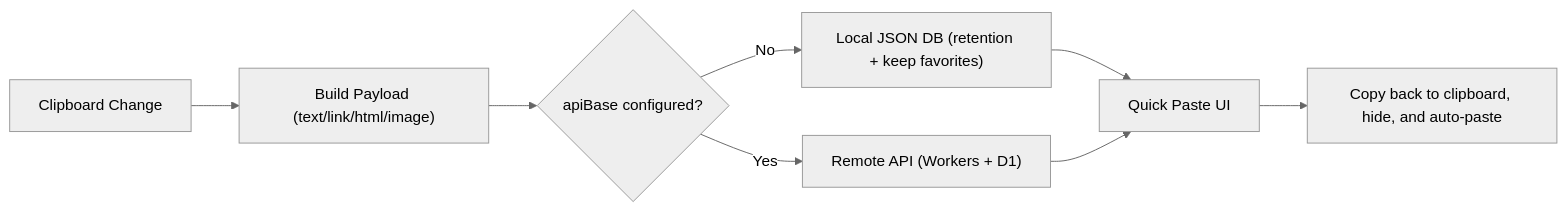
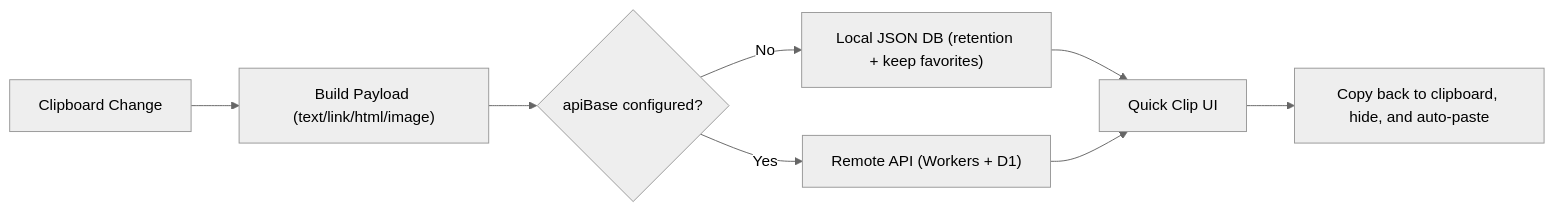
Before and after one commit to leeguooooo/paste: the second of 2 diagrams in README.md, drawn with Mermaid (neutral theme). The commit also changed other lines of this file and 12 other files, not shown here.

````diff
--- a/README.md
+++ b/README.md
@@ -61,13 +64,13 @@
 ```mermaid
 flowchart LR
   C["Clipboard Change"] --> P["Build Payload (text/link/html/image)"]
   P --> D{"apiBase configured?"}
 
   D -- "No" --> L["Local JSON DB (retention + keep favorites)"]
   D -- "Yes" --> R["Remote API (Workers + D1)"]
 
-  L --> UI["Quick Paste UI"]
+  L --> UI["Quick Clip UI"]
   R --> UI
 
   UI --> Copy["Copy back to clipboard, hide, and auto-paste"]
 ```
````
